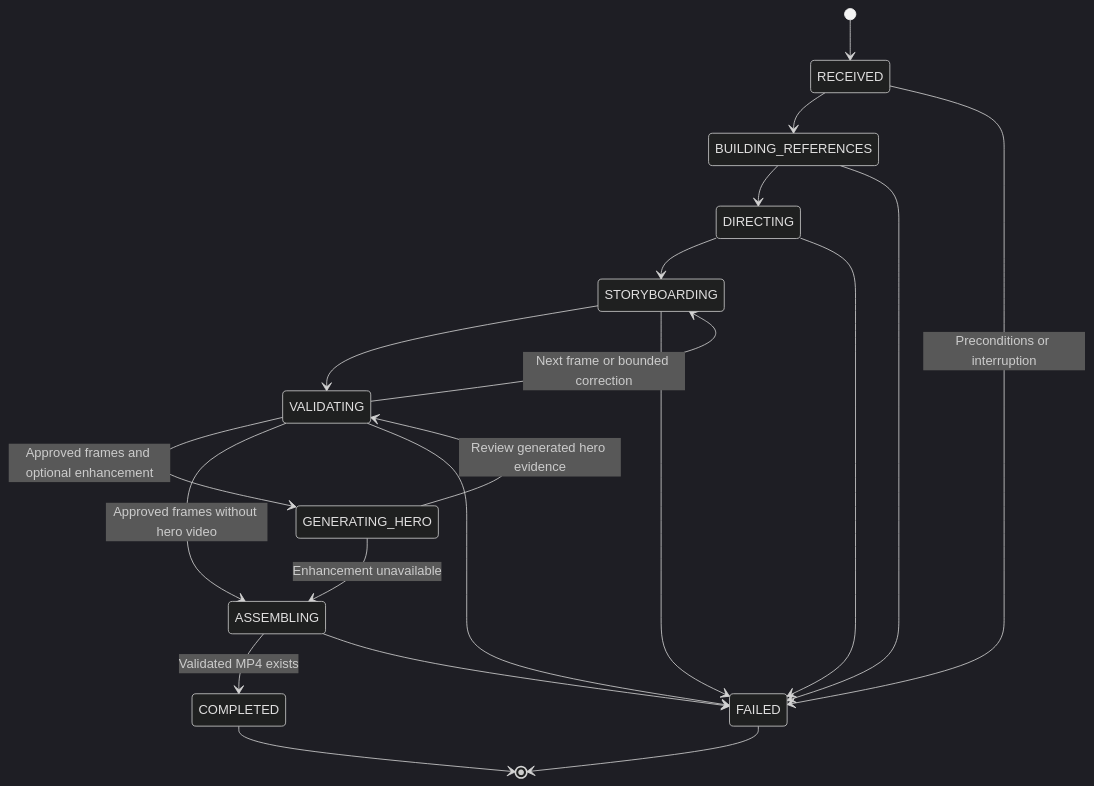
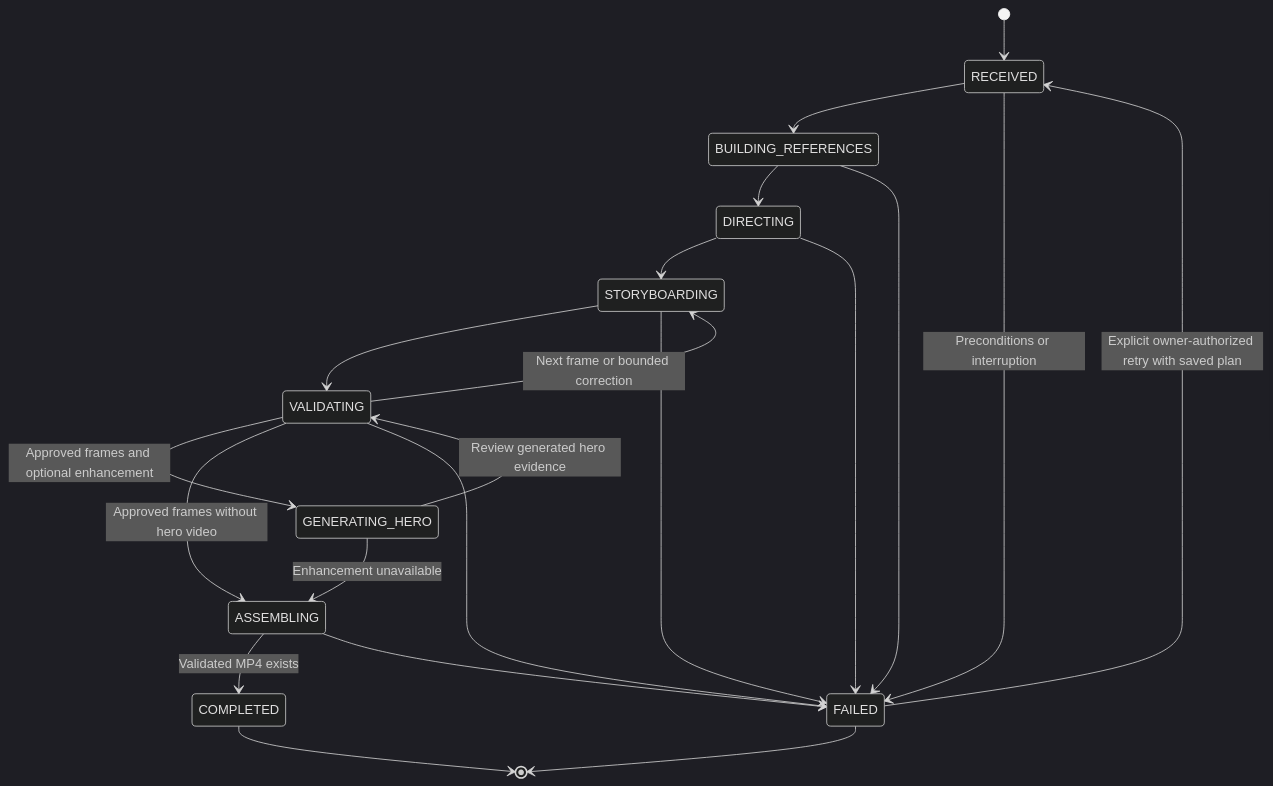
Before and after one commit to dngoins/agents-everywhere-starter-kit: the fourth of 6 diagrams in docs/architecture.md, drawn with Mermaid (dark theme). The commit also changed other lines of this file and 27 other files, not shown here.

````diff
--- a/docs/architecture.md
+++ b/docs/architecture.md
@@ -196,22 +196,23 @@
 ```mermaid
 stateDiagram-v2
     [*] --> RECEIVED
     RECEIVED --> BUILDING_REFERENCES
     BUILDING_REFERENCES --> DIRECTING
     DIRECTING --> STORYBOARDING
     STORYBOARDING --> VALIDATING
     VALIDATING --> STORYBOARDING: Next frame or bounded correction
     VALIDATING --> GENERATING_HERO: Approved frames and optional enhancement
     VALIDATING --> ASSEMBLING: Approved frames without hero video
     GENERATING_HERO --> VALIDATING: Review generated hero evidence
     GENERATING_HERO --> ASSEMBLING: Enhancement unavailable
     ASSEMBLING --> COMPLETED: Validated MP4 exists
     RECEIVED --> FAILED: Preconditions or interruption
     BUILDING_REFERENCES --> FAILED
     DIRECTING --> FAILED
     STORYBOARDING --> FAILED
     VALIDATING --> FAILED
     ASSEMBLING --> FAILED
     COMPLETED --> [*]
     FAILED --> [*]
+    FAILED --> RECEIVED: Explicit owner-authorized retry with saved plan
 ```
````
